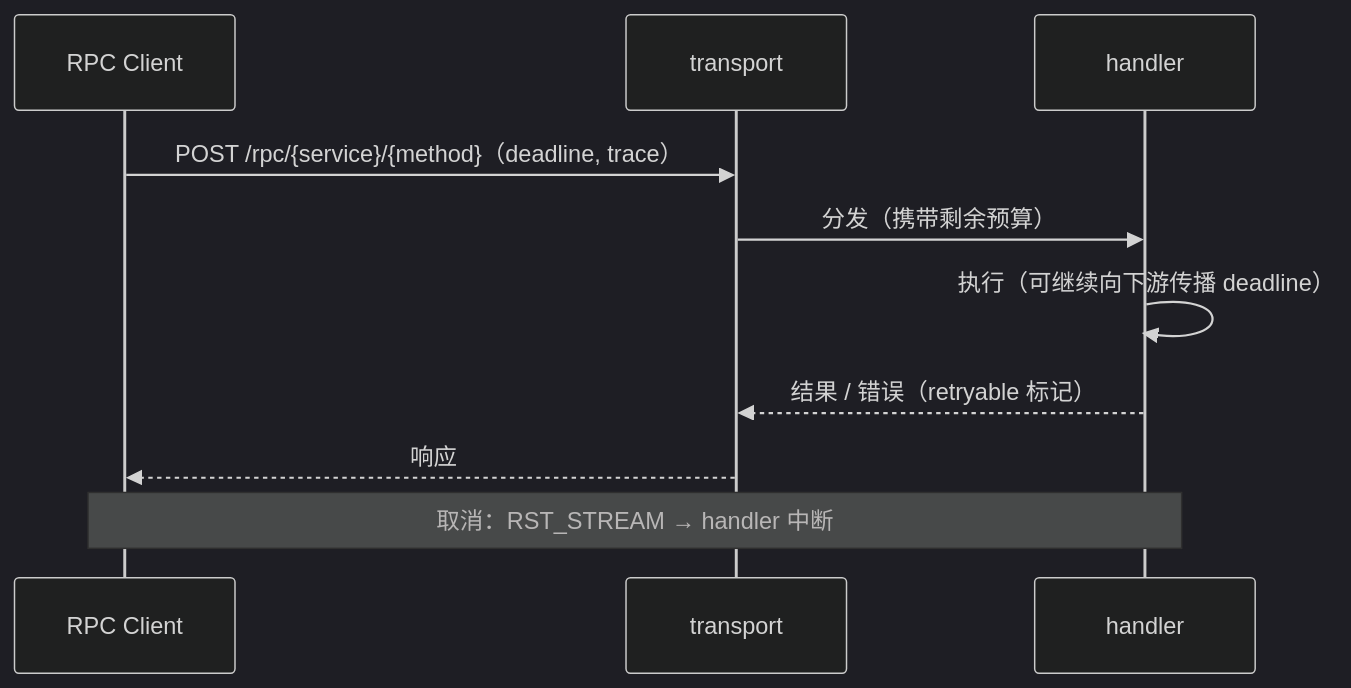
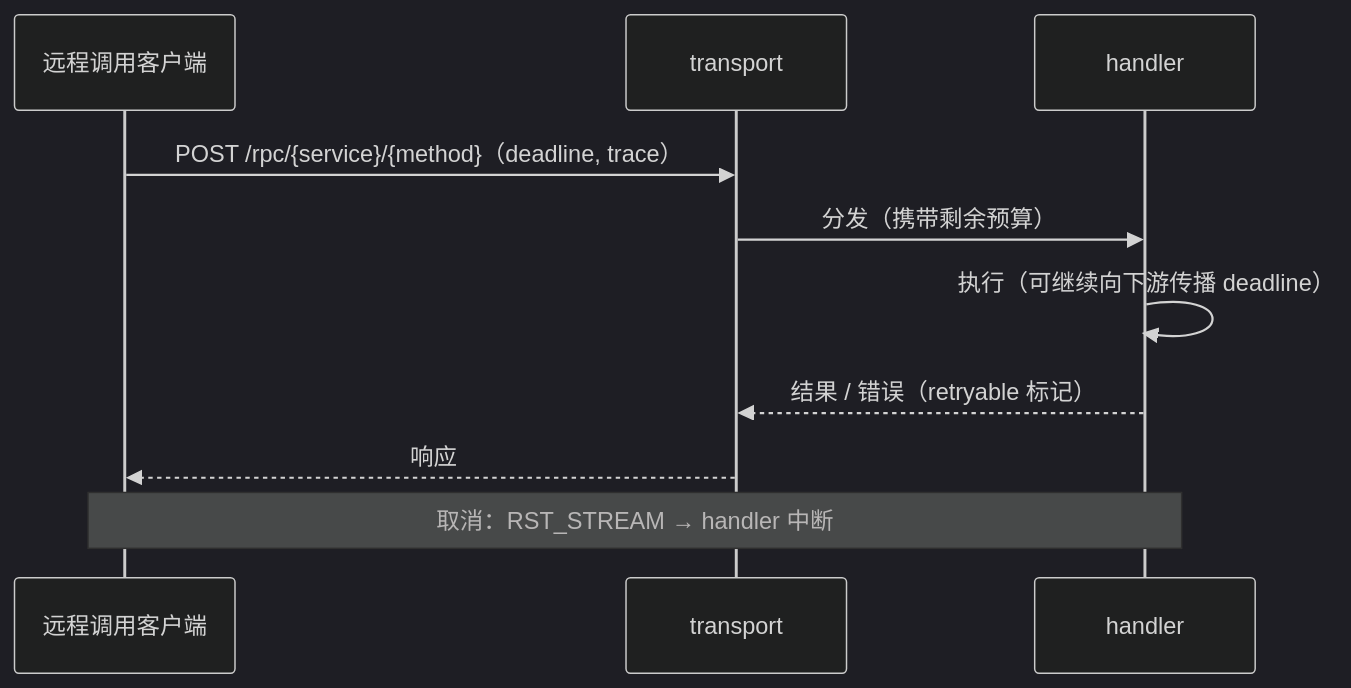
The fourth of 5 diagrams in msg文档/设计/架构设计/03_架构设计_总体架构.md (minjian123/message-platform), drawn with Mermaid (dark theme) before and after one commit. The commit also changed other lines of this file and 135 other files, not shown here.

````diff
--- a/msg文档/设计/架构设计/03_架构设计_总体架构.md
+++ b/msg文档/设计/架构设计/03_架构设计_总体架构.md
@@ -129,12 +129,12 @@
 ```mermaid
 sequenceDiagram
-    participant C as RPC Client
+    participant C as 远程调用客户端
     participant T as transport
     participant H as handler
     C->>T: POST /rpc/{service}/{method}（deadline, trace）
     T->>H: 分发（携带剩余预算）
     H->>H: 执行（可继续向下游传播 deadline）
     H-->>T: 结果 / 错误（retryable 标记）
     T-->>C: 响应
     Note over C,H: 取消：RST_STREAM → handler 中断
 ```
````
